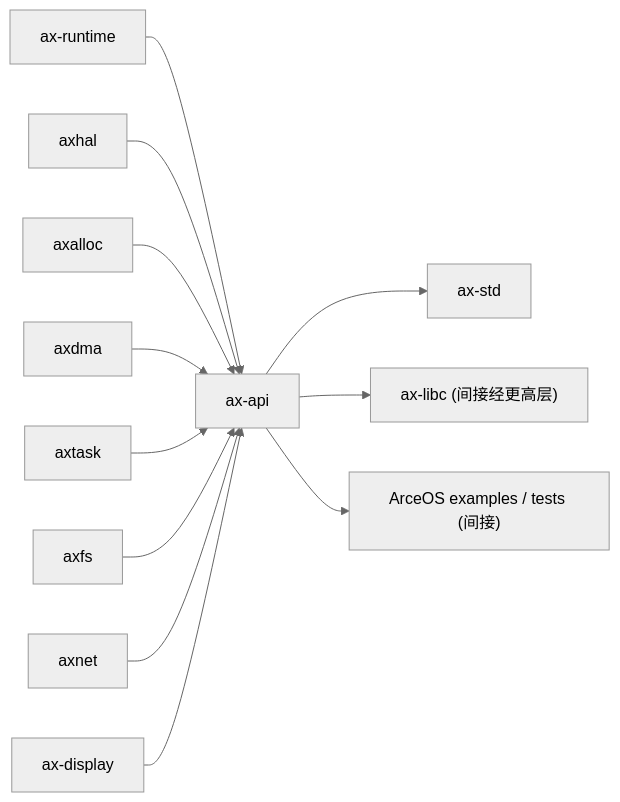
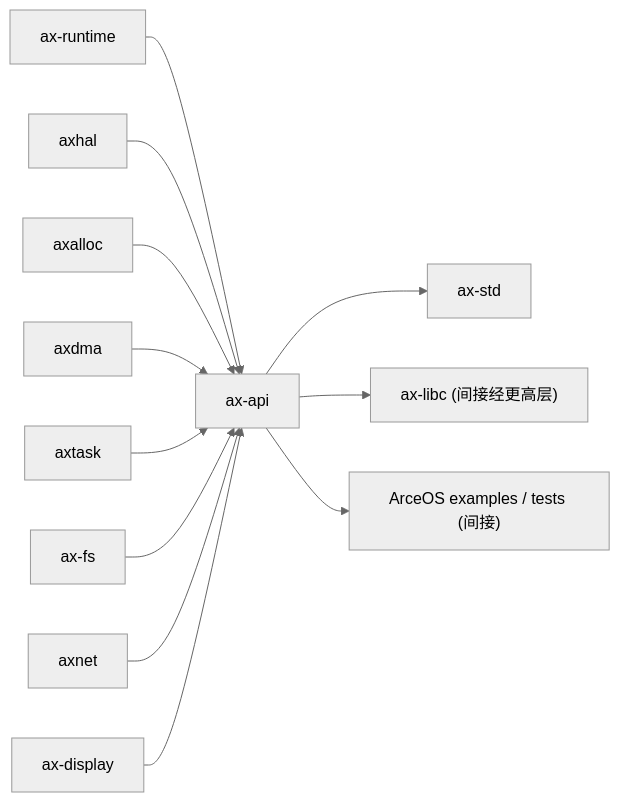
One commit to zKurisu/tgoskits changed the diagram in docs/crates/arceos_api.md. Above: the diagram before and after it, drawn with Mermaid (neutral theme). The commit also changed other lines of this file and 67 other files, not shown here.

````diff
--- a/docs/crates/arceos_api.md
+++ b/docs/crates/arceos_api.md
@@ -110,15 +110,15 @@
 ```mermaid
 graph LR
     ax-runtime["ax-runtime"] --> ax-api["ax-api"]
     axhal["axhal"] --> ax-api
     axalloc["axalloc"] --> ax-api
     axdma["axdma"] --> ax-api
     axtask["axtask"] --> ax-api
-    axfs["axfs"] --> ax-api
+    ax-fs["ax-fs"] --> ax-api
     axnet["axnet"] --> ax-api
     ax-display["ax-display"] --> ax-api
 
     ax-api --> ax-std["ax-std"]
     ax-api --> ax-libc["ax-libc (间接经更高层)"]
     ax-api --> arceos_examples["ArceOS examples / tests (间接)"]
 ```
````
